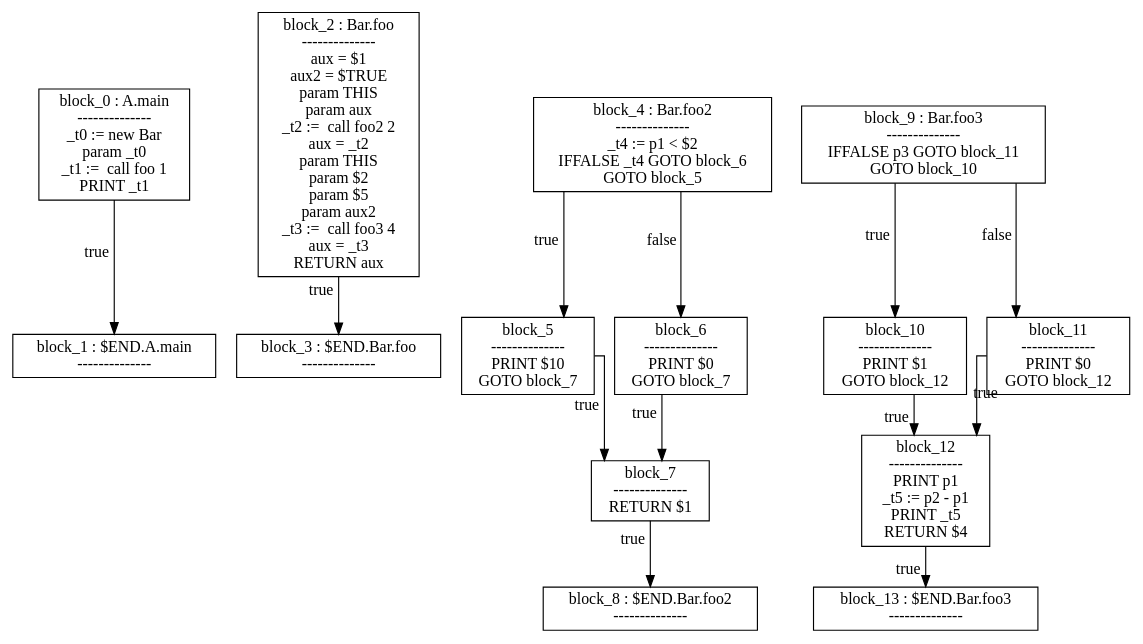
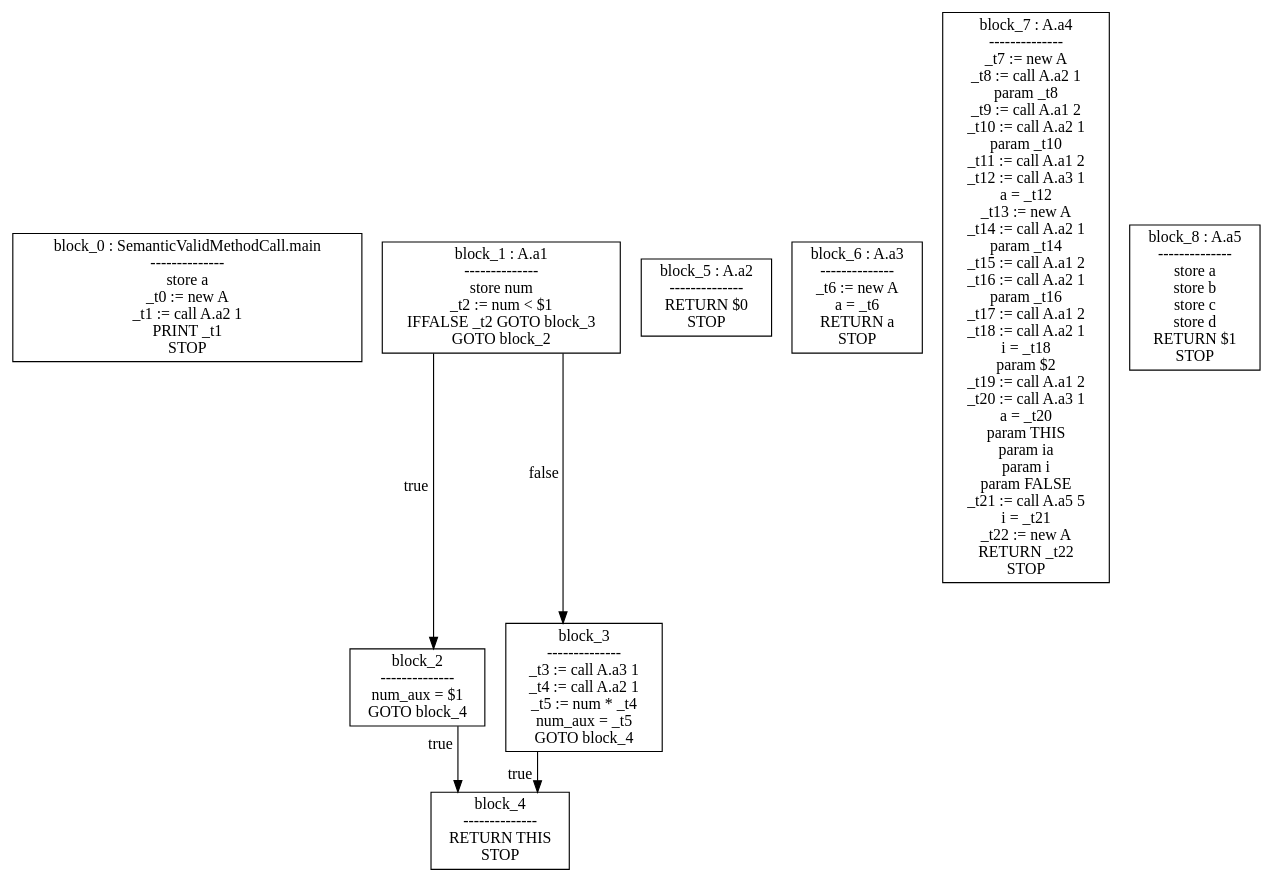
Before and after one commit to icetenny/bth-compiler-design: the diagram in assignment3/ir_tree.dot, drawn with Graphviz. The commit also changed 13 other files, not shown here.

```diff
--- a/assignment3/ir_tree.dot
+++ b/assignment3/ir_tree.dot
@@ -1,93 +1,96 @@
 digraph {
  graph [ splines = ortho ]
 node [ shape = box ];
-n0 [label="block_0 : A.main
+n0 [label="block_0 : SemanticValidMethodCall.main
 --------------
-_t0 := new Bar 
-param _t0
-_t1 :=  call foo 1
+store a
+_t0 := new A 
+_t1 := call A.a2 1
 PRINT _t1
+STOP 
 "];
-n0 -> n1 [xlabel= "true"];
-n1 [label="block_1 : $END.A.main
+n1 [label="block_1 : A.a1
 --------------
+store num
+_t2 := num < $1
+IFFALSE _t2 GOTO block_3
+GOTO block_2
 "];
-n2 [label="block_2 : Bar.foo
+n1 -> n2 [xlabel= "true"];
+n1 -> n3 [xlabel= "false"];
+n2 [label="block_2
 --------------
-aux = $1
-aux2 = $TRUE
+num_aux = $1
+GOTO block_4
+"];
+n2 -> n4 [xlabel= "true"];
+n3 [label="block_3
+--------------
+_t3 := call A.a3 1
+_t4 := call A.a2 1
+_t5 := num * _t4
+num_aux = _t5
+GOTO block_4
+"];
+n3 -> n4 [xlabel= "true"];
+n4 [label="block_4
+--------------
+RETURN THIS
+STOP 
+"];
+n5 [label="block_5 : A.a2
+--------------
+RETURN $0
+STOP 
+"];
+n6 [label="block_6 : A.a3
+--------------
+_t6 := new A 
+a = _t6
+RETURN a
+STOP 
+"];
+n7 [label="block_7 : A.a4
+--------------
+_t7 := new A 
+_t8 := call A.a2 1
+param _t8
+_t9 := call A.a1 2
+_t10 := call A.a2 1
+param _t10
+_t11 := call A.a1 2
+_t12 := call A.a3 1
+a = _t12
+_t13 := new A 
+_t14 := call A.a2 1
+param _t14
+_t15 := call A.a1 2
+_t16 := call A.a2 1
+param _t16
+_t17 := call A.a1 2
+_t18 := call A.a2 1
+i = _t18
+param $2
+_t19 := call A.a1 2
+_t20 := call A.a3 1
+a = _t20
 param THIS
-param aux
-_t2 :=  call foo2 2
-aux = _t2
-param THIS
-param $2
-param $5
-param aux2
-_t3 :=  call foo3 4
-aux = _t3
-RETURN aux
+param ia
+param i
+param FALSE
+_t21 := call A.a5 5
+i = _t21
+_t22 := new A 
+RETURN _t22
+STOP 
 "];
-n2 -> n3 [xlabel= "true"];
-n3 [label="block_3 : $END.Bar.foo
+n8 [label="block_8 : A.a5
 --------------
-"];
-n4 [label="block_4 : Bar.foo2
---------------
-_t4 := p1 < $2
-IFFALSE _t4 GOTO block_6
-GOTO block_5
-"];
-n4 -> n5 [xlabel= "true"];
-n4 -> n6 [xlabel= "false"];
-n5 [label="block_5
---------------
-PRINT $10
-GOTO block_7
-"];
-n5 -> n7 [xlabel= "true"];
-n6 [label="block_6
---------------
-PRINT $0
-GOTO block_7
-"];
-n6 -> n7 [xlabel= "true"];
-n7 [label="block_7
---------------
+store a
+store b
+store c
+store d
 RETURN $1
-"];
-n7 -> n8 [xlabel= "true"];
-n8 [label="block_8 : $END.Bar.foo2
---------------
-"];
-n9 [label="block_9 : Bar.foo3
---------------
-IFFALSE p3 GOTO block_11
-GOTO block_10
-"];
-n9 -> n10 [xlabel= "true"];
-n9 -> n11 [xlabel= "false"];
-n10 [label="block_10
---------------
-PRINT $1
-GOTO block_12
-"];
-n10 -> n12 [xlabel= "true"];
-n11 [label="block_11
---------------
-PRINT $0
-GOTO block_12
-"];
-n11 -> n12 [xlabel= "true"];
-n12 [label="block_12
---------------
-PRINT p1
-_t5 := p2 - p1
-PRINT _t5
-RETURN $4
-"];
-n12 -> n13 [xlabel= "true"];
-n13 [label="block_13 : $END.Bar.foo3
---------------
+STOP 
 "];
 }
```
